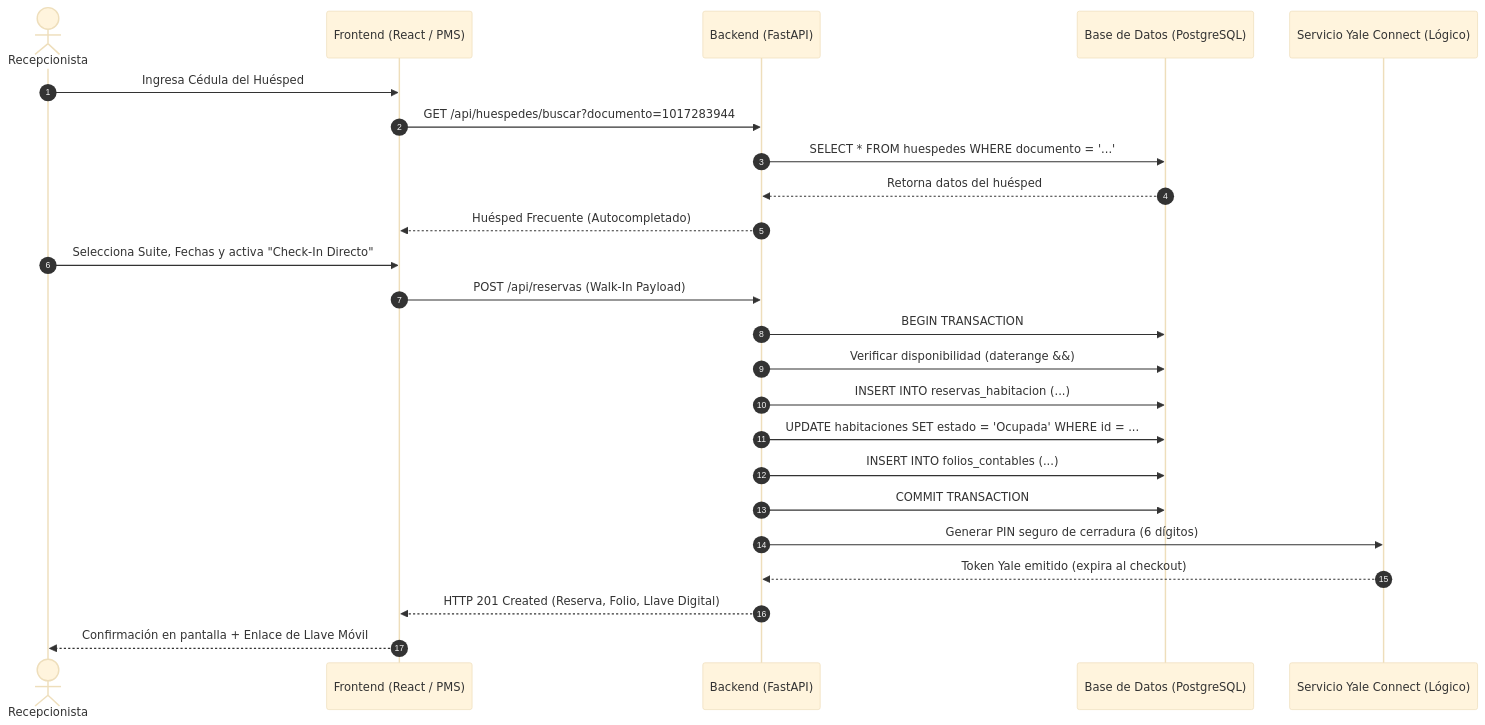
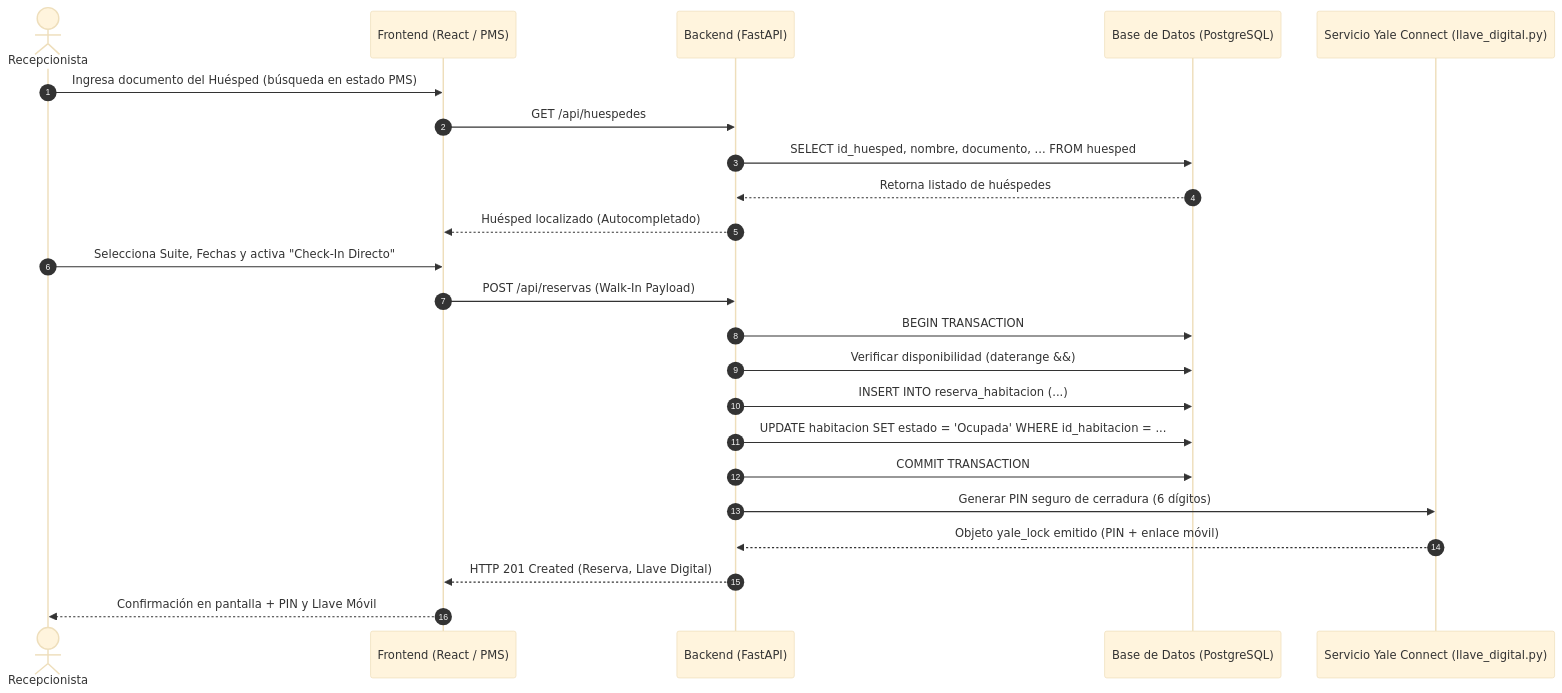
Before and after one commit to bookingsoftHOTELFACILE/PROYECTO_FACILE: the fifth of 5 diagrams in docs/arquitectura/DOCUMENTACION_GENERAL_Y_DIAGRAMAS.md, drawn with Mermaid (base theme). The commit also changed other lines of this file and 9 other files, not shown here.

Commit message:
docs: alinear diagramas, pruebas y scrum con el codigo real en develop

````diff
--- a/docs/arquitectura/DOCUMENTACION_GENERAL_Y_DIAGRAMAS.md
+++ b/docs/arquitectura/DOCUMENTACION_GENERAL_Y_DIAGRAMAS.md
@@ -287,29 +303,28 @@
 ```mermaid
 sequenceDiagram
     autonumber
     actor Recepcionista
     participant Front as Frontend (React / PMS)
     participant Back as Backend (FastAPI)
     participant DB as Base de Datos (PostgreSQL)
-    participant Lock as Servicio Yale Connect (Lógico)
+    participant Lock as Servicio Yale Connect (llave_digital.py)
 
-    Recepcionista->>Front: Ingresa Cédula del Huésped
-    Front->>Back: GET /api/huespedes/buscar?documento=1017283944
-    Back->>DB: SELECT * FROM huespedes WHERE documento = '...'
-    DB-->>Back: Retorna datos del huésped
-    Back-->>Front: Huésped Frecuente (Autocompletado)
+    Recepcionista->>Front: Ingresa documento del Huésped (búsqueda en estado PMS)
+    Front->>Back: GET /api/huespedes
+    Back->>DB: SELECT id_huesped, nombre, documento, ... FROM huesped
+    DB-->>Back: Retorna listado de huéspedes
+    Back-->>Front: Huésped localizado (Autocompletado)
 
     Recepcionista->>Front: Selecciona Suite, Fechas y activa "Check-In Directo"
     Front->>Back: POST /api/reservas (Walk-In Payload)
     Back->>DB: BEGIN TRANSACTION
     Back->>DB: Verificar disponibilidad (daterange &&)
-    Back->>DB: INSERT INTO reservas_habitacion (...)
-    Back->>DB: UPDATE habitaciones SET estado = 'Ocupada' WHERE id = ...
-    Back->>DB: INSERT INTO folios_contables (...)
+    Back->>DB: INSERT INTO reserva_habitacion (...)
+    Back->>DB: UPDATE habitacion SET estado = 'Ocupada' WHERE id_habitacion = ...
     Back->>DB: COMMIT TRANSACTION
     
     Back->>Lock: Generar PIN seguro de cerradura (6 dígitos)
-    Lock-->>Back: Token Yale emitido (expira al checkout)
-    Back-->>Front: HTTP 201 Created (Reserva, Folio, Llave Digital)
-    Front-->>Recepcionista: Confirmación en pantalla + Enlace de Llave Móvil
+    Lock-->>Back: Objeto yale_lock emitido (PIN + enlace móvil)
+    Back-->>Front: HTTP 201 Created (Reserva, Llave Digital)
+    Front-->>Recepcionista: Confirmación en pantalla + PIN y Llave Móvil
 ```
````
